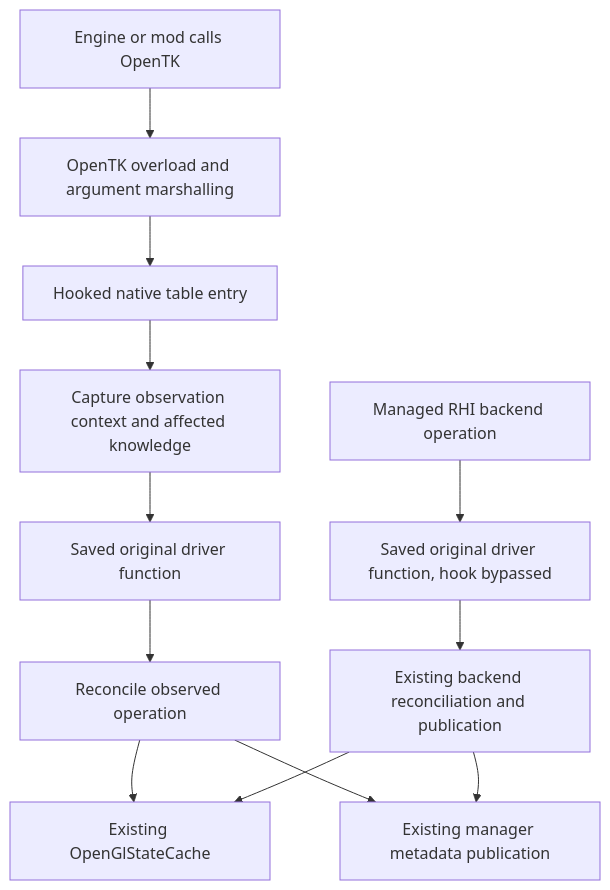
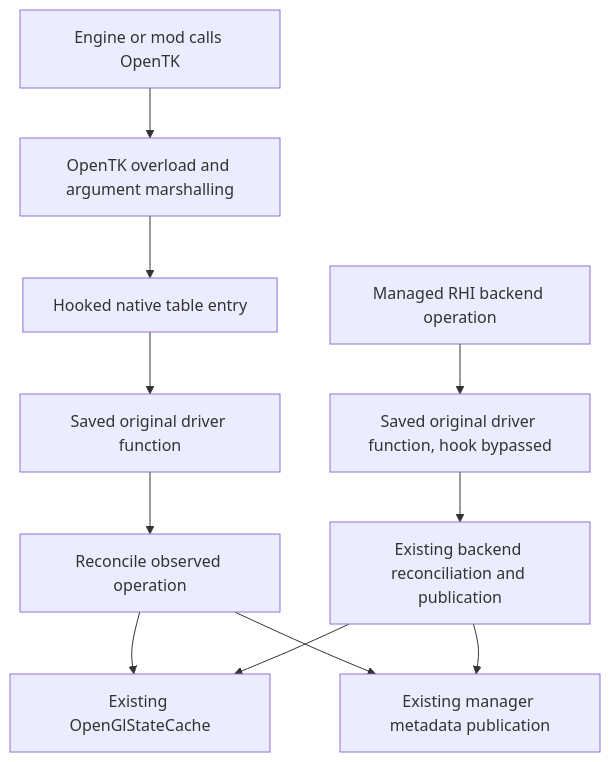
One commit to dsisco11/VanillaGraphicsExpanded changed the diagram in docs/Rendering.OpenTKBindingInterception.Proposal.md. Above: the diagram before and after it, drawn with Mermaid. The commit also changed other lines of this file and 874 other files, not shown here.

````diff
--- a/docs/Rendering.OpenTKBindingInterception.Proposal.md
+++ b/docs/Rendering.OpenTKBindingInterception.Proposal.md
@@ -28,14 +28,13 @@
 ```mermaid
 flowchart TD
     E[Engine or mod calls OpenTK] --> W[OpenTK overload and argument marshalling]
     W --> H[Hooked native table entry]
-    H --> A[Capture observation context and affected knowledge]
-    A --> N[Saved original driver function]
+    H --> N[Saved original driver function]
     N --> R[Reconcile observed operation]
     R --> C[Existing OpenGlStateCache]
     R --> M[Existing manager metadata publication]
     B[Managed RHI backend operation] --> NB[Saved original driver function, hook bypassed]
     NB --> P[Existing backend reconciliation and publication]
     P --> C
     P --> M
 ```
````
